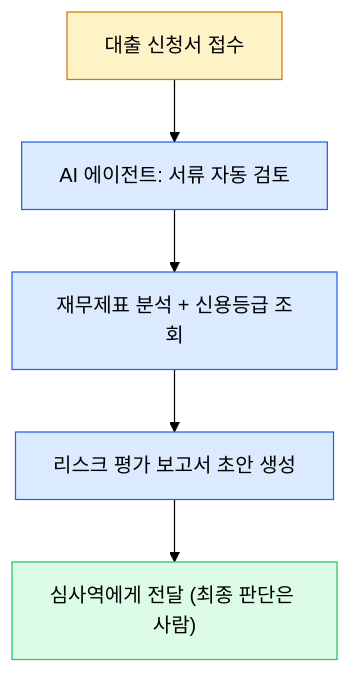
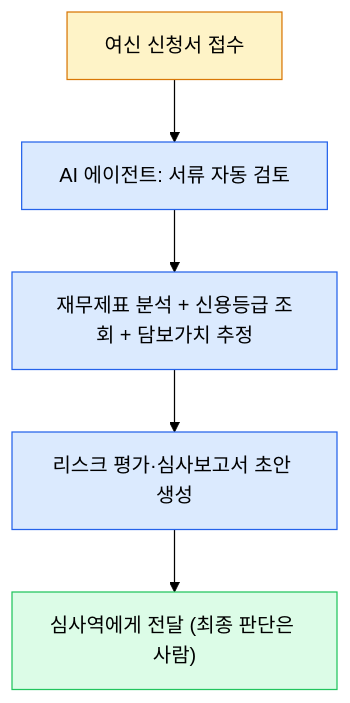
One commit to namojo/ai-edu changed the third of 4 diagrams in site/content/module-2.md. Above: the diagram before and after it, drawn with Mermaid (forest theme). The commit also changed other lines of this file and 15 other files, not shown here.

````diff
--- a/site/content/module-2.md
+++ b/site/content/module-2.md
@@ -381,12 +399,12 @@
 ```mermaid
 graph TD
-    A["대출 신청서 접수"] --> B["AI 에이전트: 서류 자동 검토"]
-    B --> C["재무제표 분석 + 신용등급 조회"]
-    C --> D["리스크 평가 보고서 초안 생성"]
+    A["여신 신청서 접수"] --> B["AI 에이전트: 서류 자동 검토"]
+    B --> C["재무제표 분석 + 신용등급 조회 + 담보가치 추정"]
+    C --> D["리스크 평가·심사보고서 초안 생성"]
     D --> E["심사역에게 전달 (최종 판단은 사람)"]
     style A fill:#FEF3C7,stroke:#D97706
     style B fill:#DBEAFE,stroke:#2563EB
     style C fill:#DBEAFE,stroke:#2563EB
     style D fill:#DBEAFE,stroke:#2563EB
     style E fill:#DCFCE7,stroke:#22C55E
 ```
````
